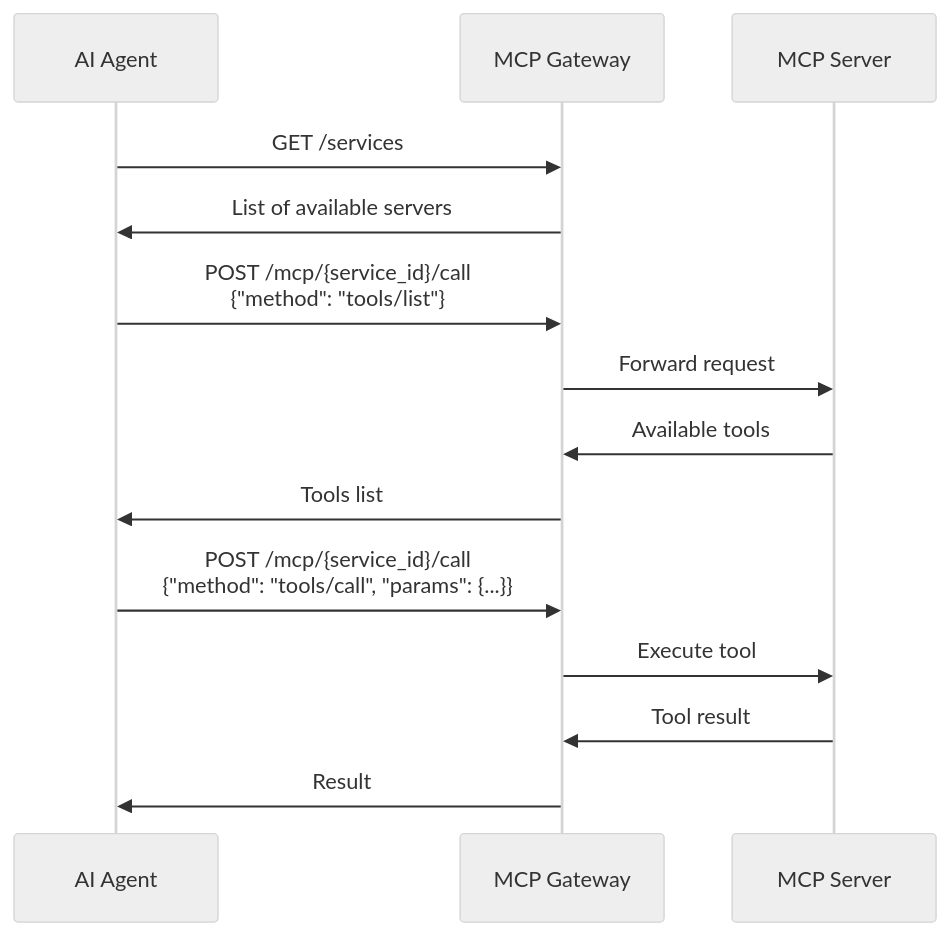
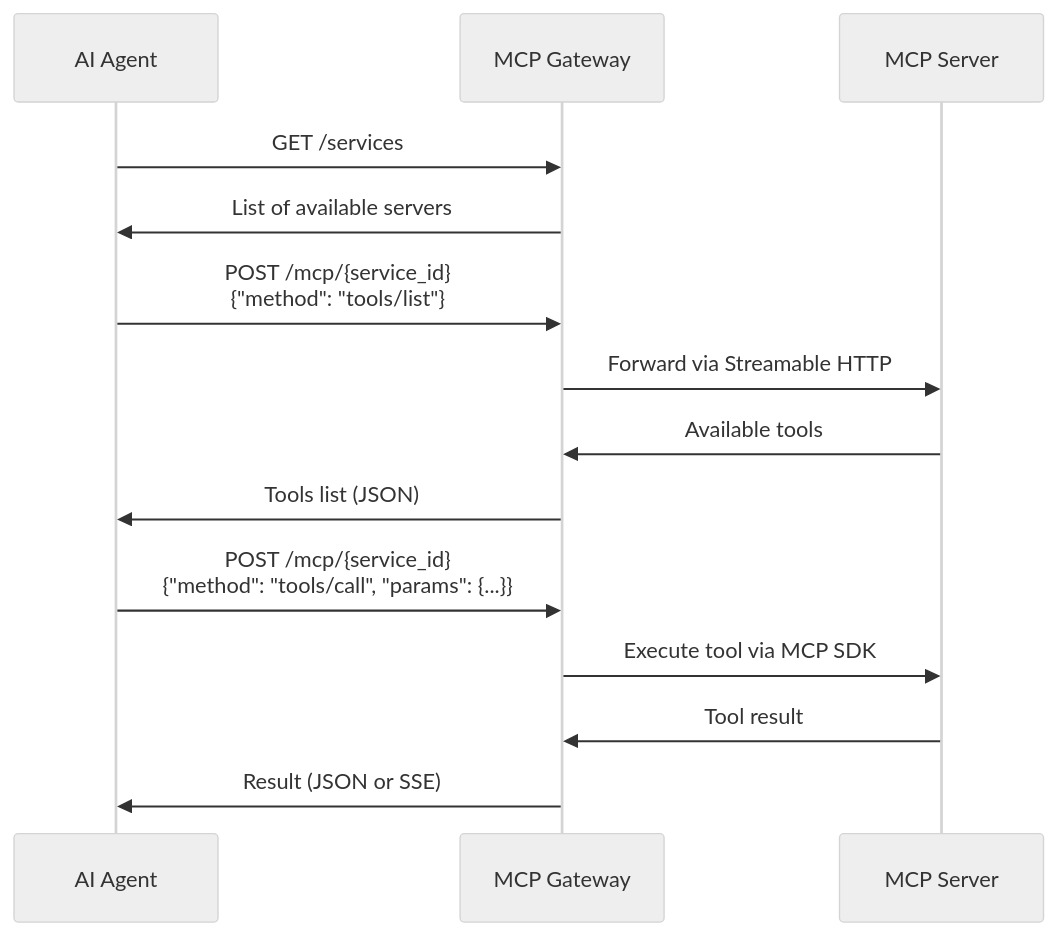
Before and after one commit to codingjam/bridge-mcp: the diagram in docs/Agent_Integration_Guide.md, drawn with Mermaid (neutral theme). The commit also changed other lines of this file and 10 other files, not shown here.

````diff
--- a/docs/Agent_Integration_Guide.md
+++ b/docs/Agent_Integration_Guide.md
@@ -27,19 +31,19 @@
 ```mermaid
 sequenceDiagram
     participant Agent as AI Agent
     participant Gateway as MCP Gateway
     participant Server as MCP Server
 
     Agent->>Gateway: GET /services
     Gateway->>Agent: List of available servers
     
-    Agent->>Gateway: POST /mcp/{service_id}/call<br/>{"method": "tools/list"}
-    Gateway->>Server: Forward request
+    Agent->>Gateway: POST /mcp/{service_id}<br/>{"method": "tools/list"}
+    Gateway->>Server: Forward via Streamable HTTP
     Server->>Gateway: Available tools
-    Gateway->>Agent: Tools list
+    Gateway->>Agent: Tools list (JSON)
     
-    Agent->>Gateway: POST /mcp/{service_id}/call<br/>{"method": "tools/call", "params": {...}}
-    Gateway->>Server: Execute tool
+    Agent->>Gateway: POST /mcp/{service_id}<br/>{"method": "tools/call", "params": {...}}
+    Gateway->>Server: Execute tool via MCP SDK
     Server->>Gateway: Tool result
-    Gateway->>Agent: Result
+    Gateway->>Agent: Result (JSON or SSE)
 ```
````
